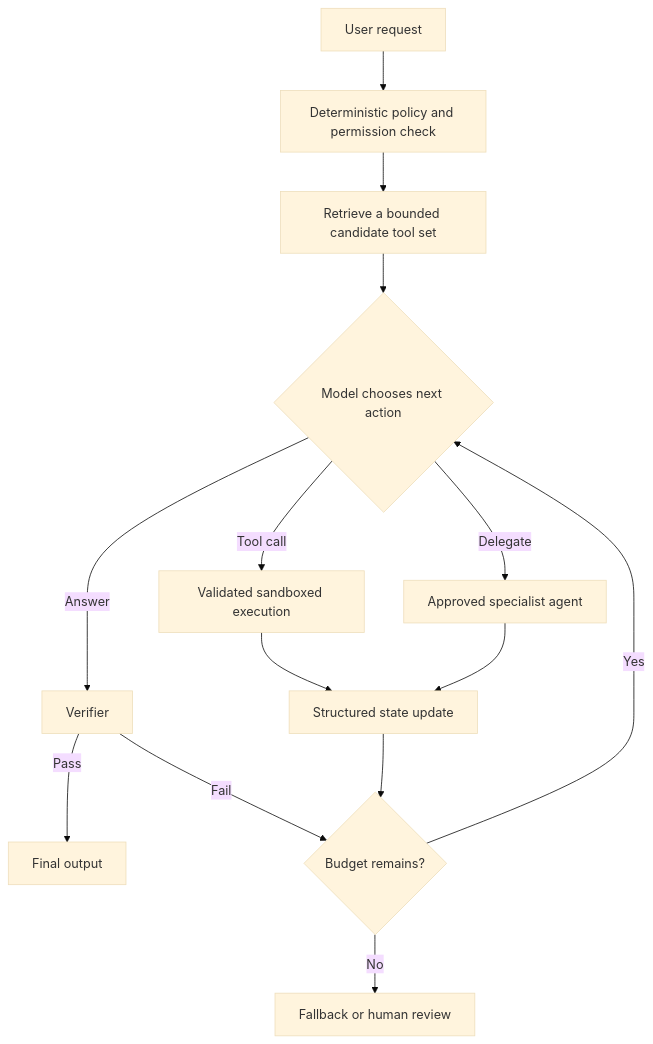
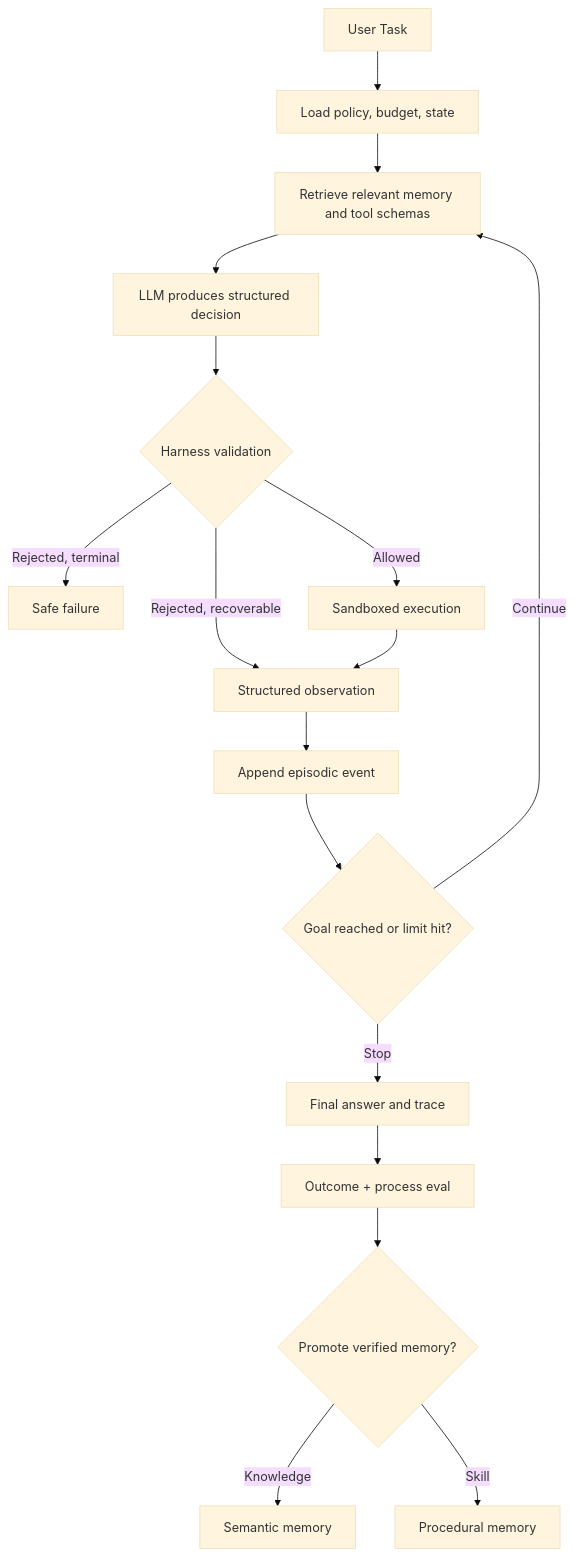
One commit to zheng-bobo/verifiable_agent_lab changed the seventh of 7 diagrams in docs/readings/week01-agentic-design-patterns.md. Above: the diagram before and after it, drawn with Mermaid (base theme). The commit also changed other lines of this file and 21 other files, not shown here.

````diff
--- a/docs/readings/week01-agentic-design-patterns.md
+++ b/docs/readings/week01-agentic-design-patterns.md
@@ -213,16 +516,19 @@
 ```mermaid
 flowchart TD
-    U[User request] --> P[Deterministic policy and permission check]
-    P --> C[Retrieve a bounded candidate tool set]
-    C --> D{Model chooses next action}
-    D -->|Answer| V[Verifier]
-    D -->|Tool call| X[Validated sandboxed execution]
-    D -->|Delegate| S[Approved specialist agent]
-    X --> ST[Structured state update]
-    S --> ST
-    ST --> B{Budget remains?}
-    B -->|Yes| D
-    B -->|No| H[Fallback or human review]
-    V -->|Pass| O[Final output]
-    V -->|Fail| B
+    U[User Task] --> S[Load policy, budget, state]
+    S --> R[Retrieve relevant memory and tool schemas]
+    R --> D[LLM produces structured decision]
+    D --> V{Harness validation}
+    V -->|Rejected, recoverable| O[Structured observation]
+    V -->|Rejected, terminal| F[Safe failure]
+    V -->|Allowed| X[Sandboxed execution]
+    X --> O
+    O --> L[Append episodic event]
+    L --> G{Goal reached or limit hit?}
+    G -->|Continue| R
+    G -->|Stop| A[Final answer and trace]
+    A --> E[Outcome + process eval]
+    E --> P{Promote verified memory?}
+    P -->|Knowledge| SM[Semantic memory]
+    P -->|Skill| PM[Procedural memory]
 ```
````
